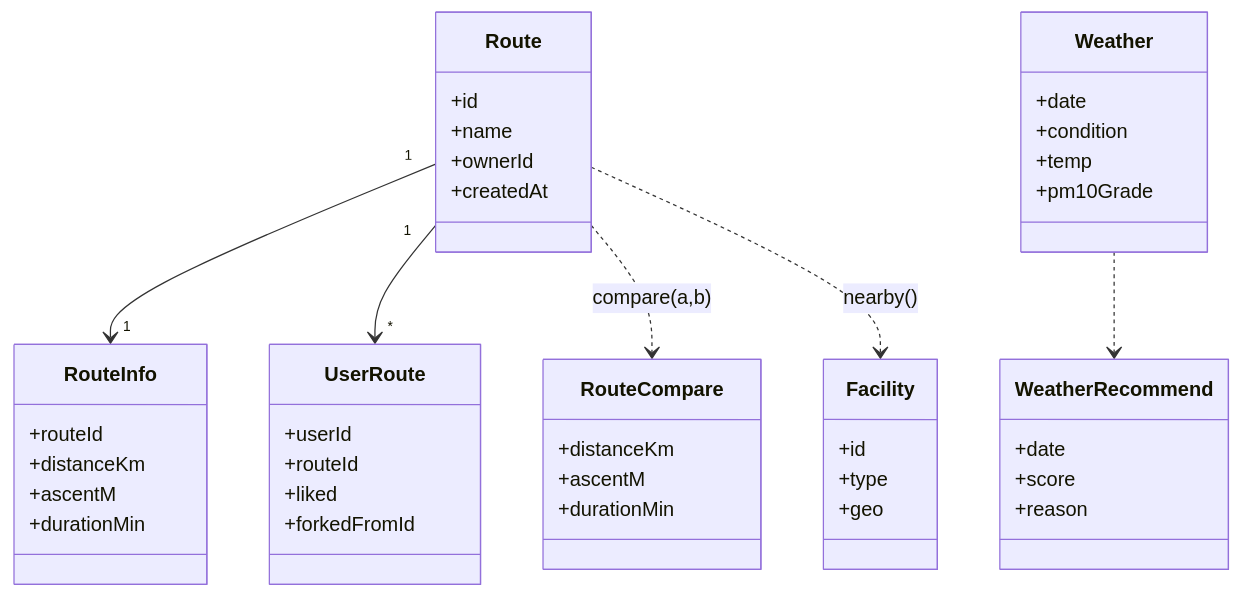
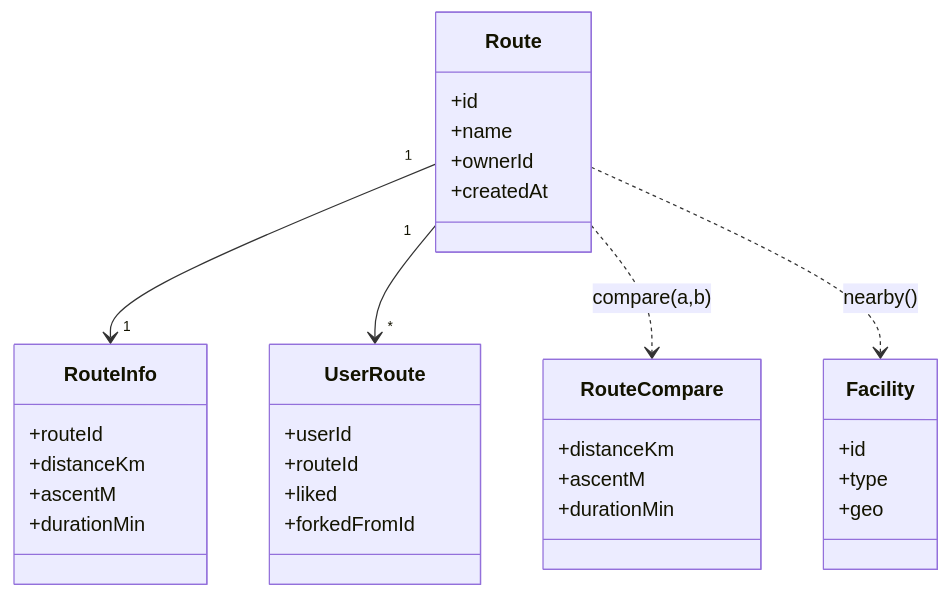
Before and after one commit to gomj-runnable/runnable2.0: the diagram in docs/wiki/3-Domain-Model.md, drawn with Mermaid. The commit also changed other lines of this file and 74 other files, not shown here.

First line of the commit message:
chore(weather): weather 도메인 + routes/recommend + map-shell weather 결합 제거 (#345)

````diff
--- a/docs/wiki/3-Domain-Model.md
+++ b/docs/wiki/3-Domain-Model.md
@@ -51,47 +48,35 @@
 ```mermaid
 classDiagram
     class Route {
       +id
       +name
       +ownerId
       +createdAt
     }
     class RouteInfo {
       +routeId
       +distanceKm
       +ascentM
       +durationMin
     }
     class RouteCompare {
       +distanceKm
       +ascentM
       +durationMin
     }
     class UserRoute {
       +userId
       +routeId
       +liked
       +forkedFromId
     }
     class Facility {
       +id
       +type
       +geo
     }
-    class Weather {
-      +date
-      +condition
-      +temp
-      +pm10Grade
-    }
-    class WeatherRecommend {
-      +date
-      +score
-      +reason
-    }
     Route "1" --> "1" RouteInfo
     Route "1" --> "*" UserRoute
     Route ..> RouteCompare : compare(a,b)
     Route ..> Facility : nearby()
-    Weather ..> WeatherRecommend
 ```
````
